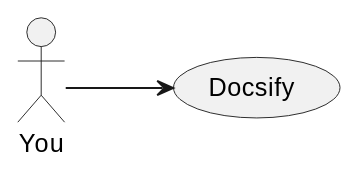
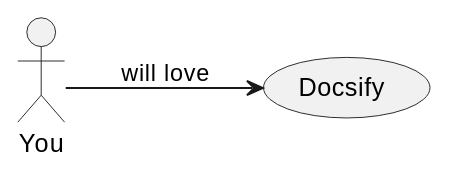
Before and after one commit to xparagon/SOUP: the diagram in docs/docs/README.md, drawn with PlantUML. The commit also changed other lines of this file, not shown here.

Commit message:
added some love ...

````diff
--- a/docs/docs/README.md
+++ b/docs/docs/README.md
@@ -81,6 +81,6 @@
 ```plantuml
 @startuml
 left to right direction
-You --> (Docsify)
+You --> (Docsify) : will love
 @enduml
 ```
````
